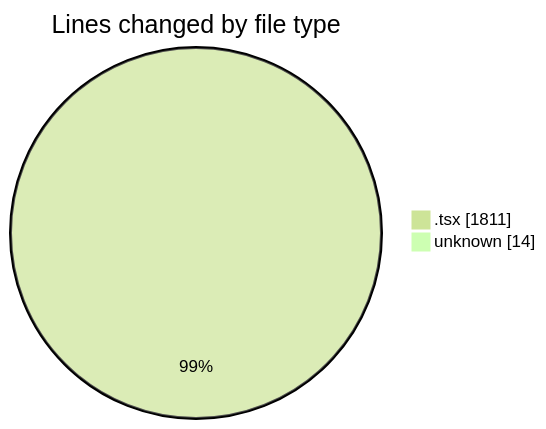
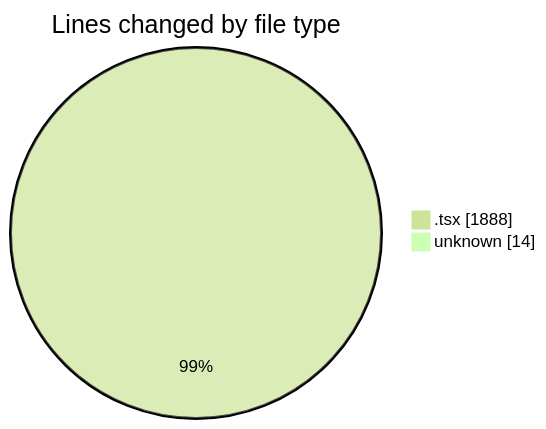
The first of 2 diagrams in 2025-05-29/kimberly-groups/README.md (JenPaints/code-tracking), drawn with Mermaid (forest theme) before and after one commit. The commit also changed other lines of this file and 1 other file, not shown here.

````diff
--- a/2025-05-29/kimberly-groups/README.md
+++ b/2025-05-29/kimberly-groups/README.md
@@ -26,6 +26,6 @@
 ```mermaid
 pie showData
 title Lines changed by file type
-".tsx" : 1811
+".tsx" : 1888
 "unknown" : 14
 ```
````
